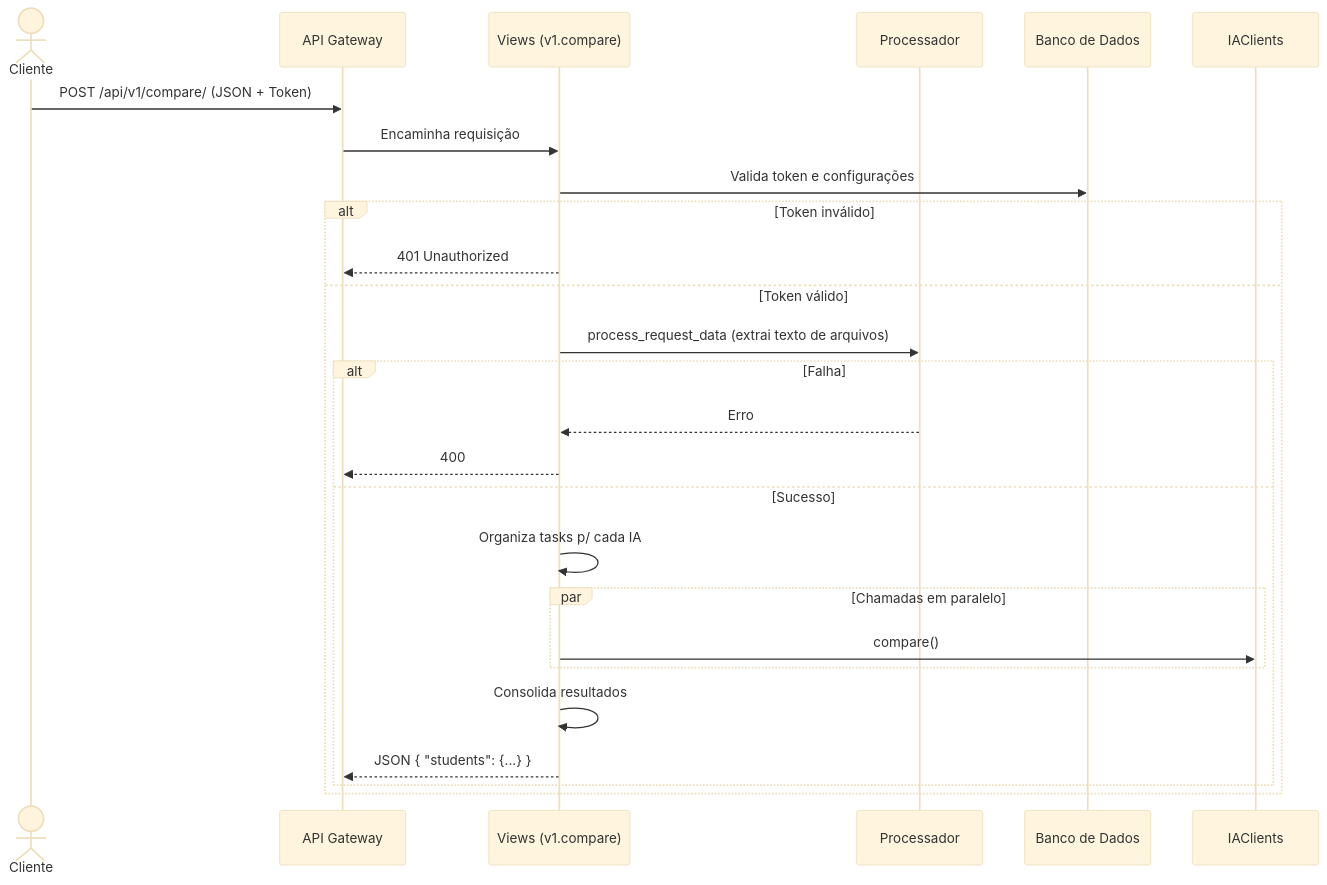
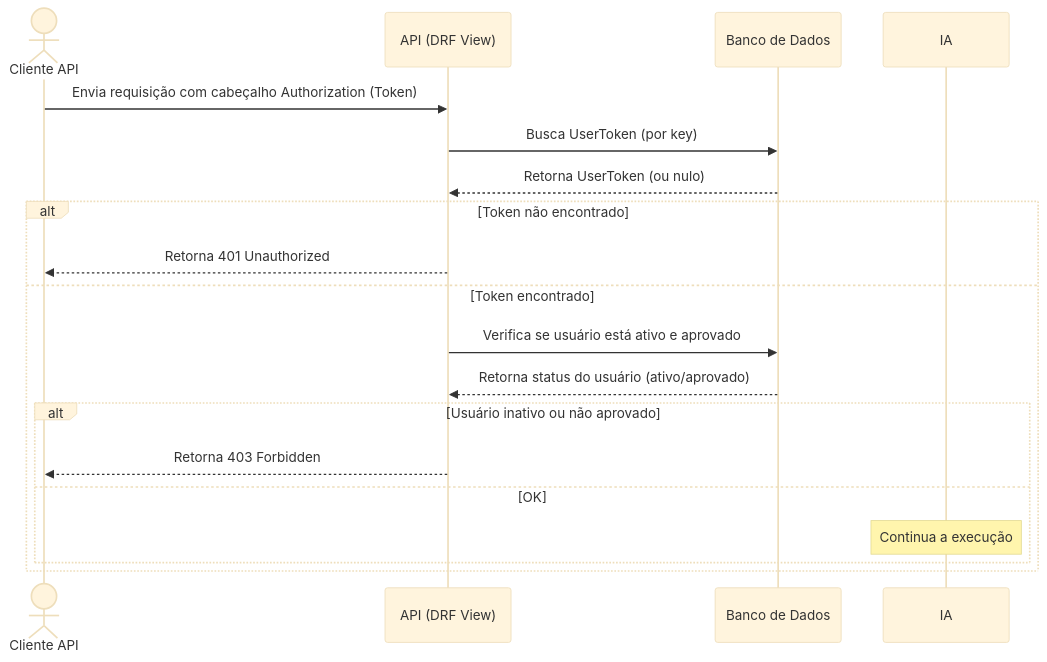
Diagram 15 of 26 in README.md (diegogrosmann/EnsinaNet.AI), drawn with Mermaid (base theme) before and after one commit. The commit also changed other lines of this file and 117 other files, not shown here.

Commit message:
Adiciona novo aplicativo 'client_version' com modelos, URLs e configurações; remove arquivos de teste e atualiza configurações do projeto.

````diff
--- a/README.md
+++ b/README.md
@@ -852,28 +941,21 @@
 ```mermaid
 sequenceDiagram
-    actor C as Cliente
-    participant API as API Gateway
-    participant V as Views (v1.compare)
-    participant P as Processador
+    actor C as Cliente API
+    participant D as API (DRF View)
     participant DB as Banco de Dados
 
-    C->>API: POST /api/v1/compare/ (JSON + Token)
-    API->>V: Encaminha requisição
-    V->>DB: Valida token e configurações
-    alt Token inválido
-        V-->>API: 401 Unauthorized
-    else Token válido
-        V->>P: process_request_data (extrai texto de arquivos)
-        alt Falha
-            P-->>V: Erro
-            V-->>API: 400
-        else Sucesso
-            V->>V: Organiza tasks p/ cada IA
-            par Chamadas em paralelo
-                V->>IAClients: compare()
-            end
-            V->>V: Consolida resultados
-            V-->>API: JSON { "students": {...} }
+    C->>D: Envia requisição com cabeçalho Authorization (Token)
+    D->>DB: Busca UserToken (por key)
+    DB-->>D: Retorna UserToken (ou nulo)
+    alt Token não encontrado
+        D-->>C: Retorna 401 Unauthorized
+    else Token encontrado
+        D->>DB: Verifica se usuário está ativo e aprovado
+        DB-->>D: Retorna status do usuário (ativo/aprovado)
+        alt Usuário inativo ou não aprovado
+            D-->>C: Retorna 403 Forbidden
+        else OK
+           Note over IA: Continua a execução
         end
     end
 ```
````
